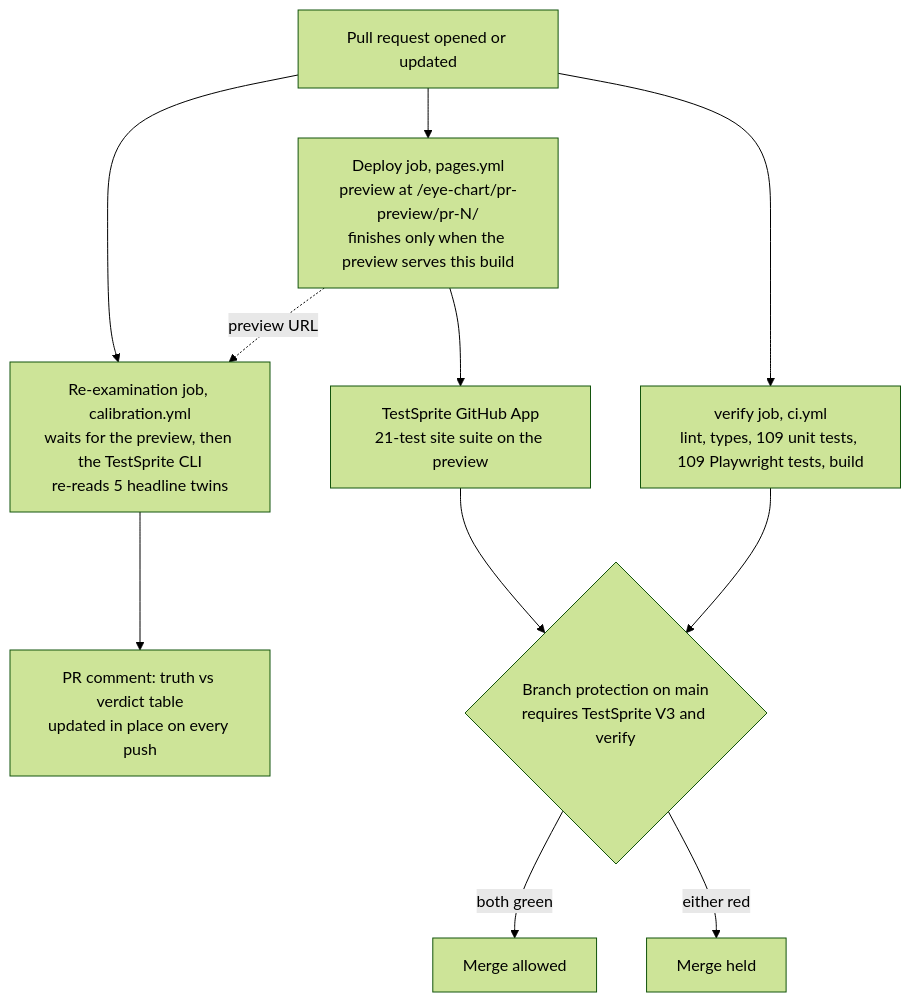
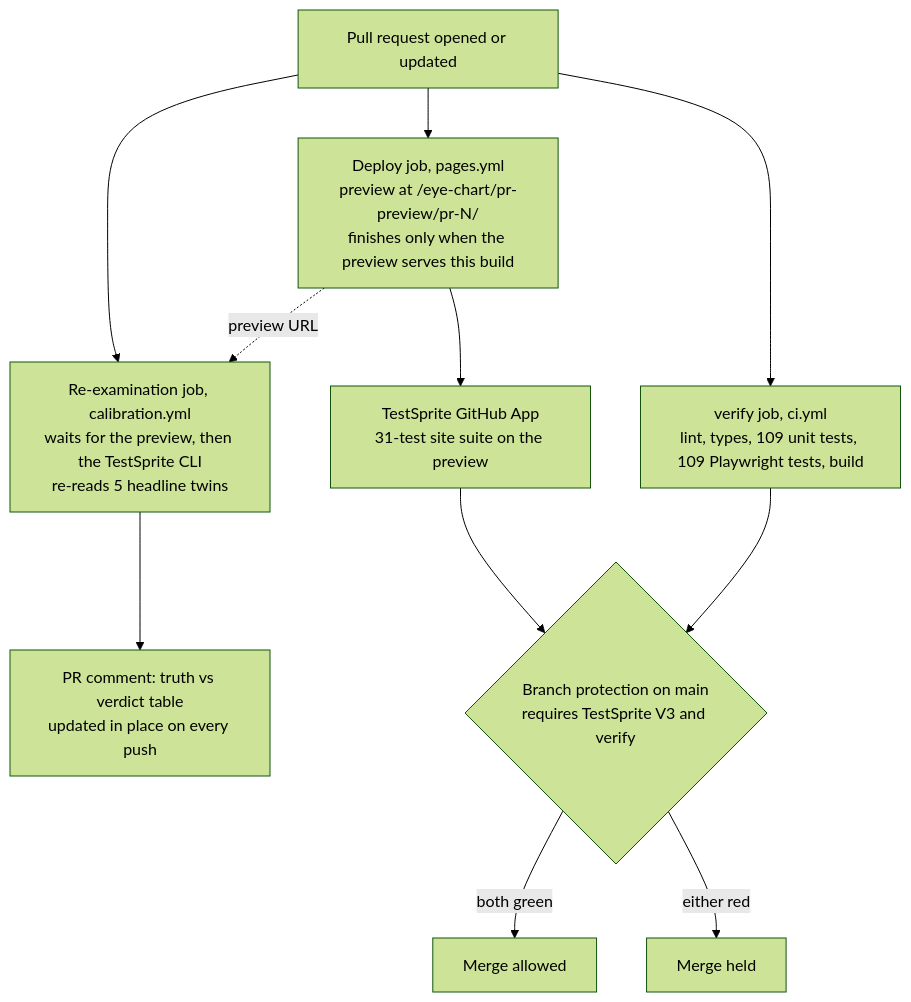
The second of 2 diagrams in README.md (Yazan-O/eye-chart), drawn with Mermaid (forest theme) before and after one commit. The commit also changed other lines of this file and 2 other files, not shown here.

Commit message:
docs: review fixes, first screen, 31-test list, TestSprite report link (#10)

````diff
--- a/README.md
+++ b/README.md
@@ -189,13 +194,13 @@
 ```mermaid
 flowchart TD
   PR["Pull request opened or updated"] --> VER["verify job, ci.yml<br/>lint, types, 109 unit tests, 109 Playwright tests, build"]
   PR --> DEP["Deploy job, pages.yml<br/>preview at /eye-chart/pr-preview/pr-N/<br/>finishes only when the preview serves this build"]
-  DEP --> APP["TestSprite GitHub App<br/>21-test site suite on the preview"]
+  DEP --> APP["TestSprite GitHub App<br/>31-test site suite on the preview"]
   PR --> RX["Re-examination job, calibration.yml<br/>waits for the preview, then the TestSprite CLI<br/>re-reads 5 headline twins"]
   DEP -. "preview URL" .-> RX
   RX --> CM["PR comment: truth vs verdict table<br/>updated in place on every push"]
   APP --> GATE{"Branch protection on main<br/>requires TestSprite V3 and verify"}
   VER --> GATE
   GATE -- "both green" --> MERGE["Merge allowed"]
   GATE -- "either red" --> HOLD["Merge held"]
 ```
````
